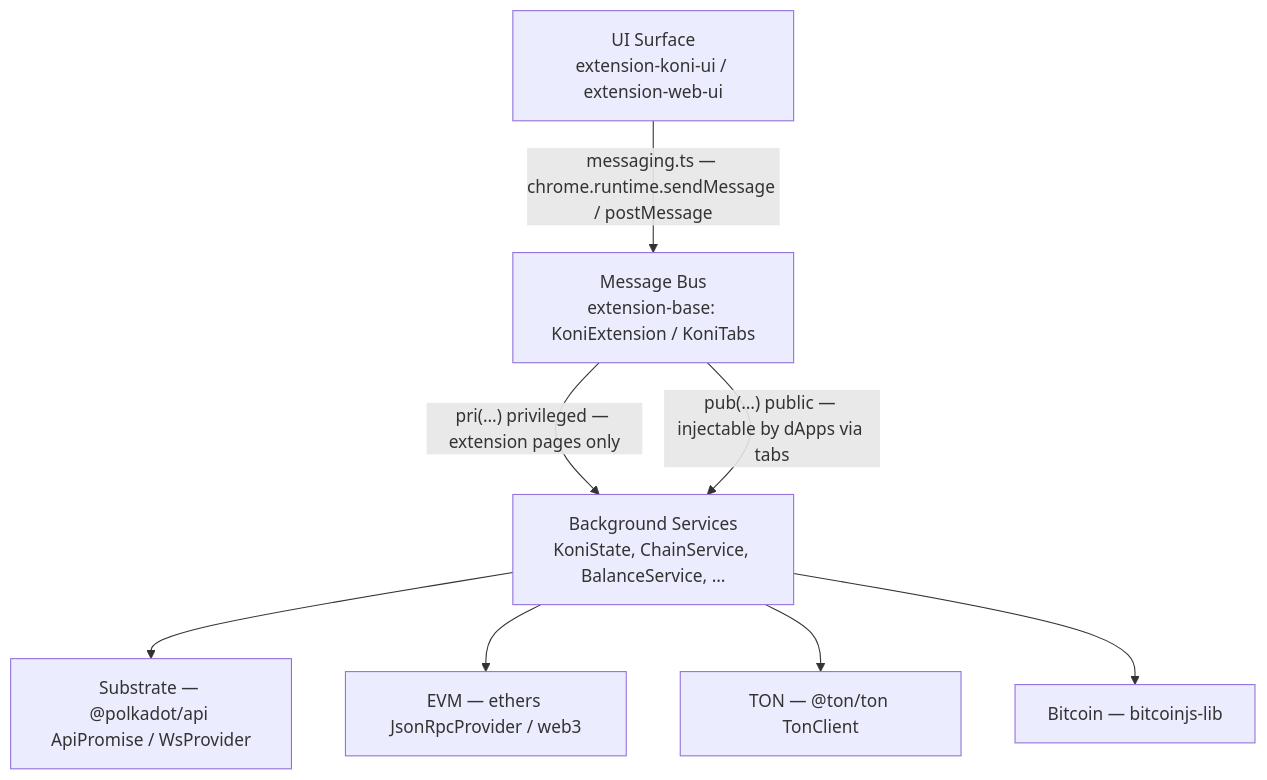
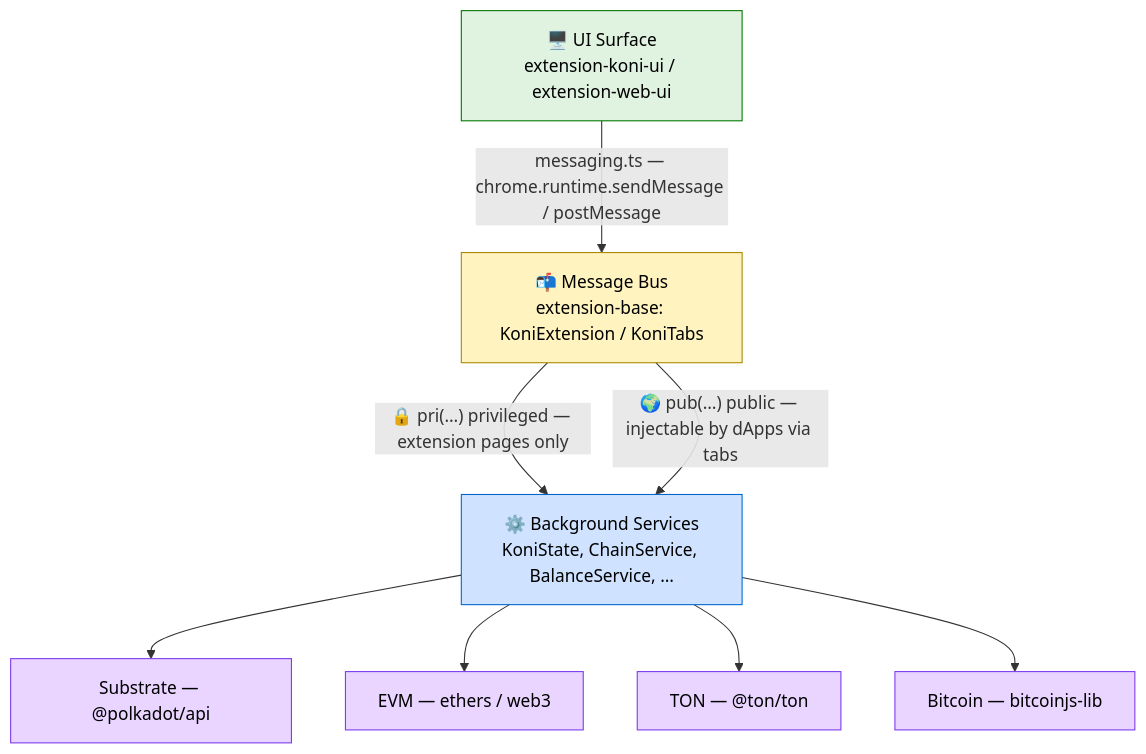
Before and after one commit to Koniverse/SubWallet-Extension: the second of 3 diagrams in docs/ARCHITECTURE.md, drawn with Mermaid. The commit also changed other lines of this file and 1 other file, not shown here.

First line of the commit message:
docs: a3-arch + a2-prd — color Mermaid diagrams; fold FRs into epic tables

````diff
--- a/docs/ARCHITECTURE.md
+++ b/docs/ARCHITECTURE.md
@@ -109,13 +119,21 @@
 ```mermaid
 flowchart TB
-    UI["UI Surface<br/>extension-koni-ui / extension-web-ui"]
-    BUS["Message Bus<br/>extension-base: KoniExtension / KoniTabs"]
-    SVC["Background Services<br/>KoniState, ChainService, BalanceService, …"]
+    UI["🖥️ UI Surface<br/>extension-koni-ui / extension-web-ui"]
+    BUS["📬 Message Bus<br/>extension-base: KoniExtension / KoniTabs"]
+    SVC["⚙️ Background Services<br/>KoniState, ChainService, BalanceService, …"]
     UI -- "messaging.ts — chrome.runtime.sendMessage / postMessage" --> BUS
-    BUS -- "pri(…) privileged — extension pages only" --> SVC
-    BUS -- "pub(…) public — injectable by dApps via tabs" --> SVC
-    SVC --> SUB["Substrate — @polkadot/api ApiPromise / WsProvider"]
-    SVC --> EVM["EVM — ethers JsonRpcProvider / web3"]
-    SVC --> TON["TON — @ton/ton TonClient"]
+    BUS -- "🔒 pri(…) privileged — extension pages only" --> SVC
+    BUS -- "🌍 pub(…) public — injectable by dApps via tabs" --> SVC
+    SVC --> SUB["Substrate — @polkadot/api"]
+    SVC --> EVM["EVM — ethers / web3"]
+    SVC --> TON["TON — @ton/ton"]
     SVC --> BTC["Bitcoin — bitcoinjs-lib"]
+    classDef ui fill:#e0f2e0,stroke:#070,color:#000
+    classDef bus fill:#fff3bf,stroke:#a80,color:#000
+    classDef svc fill:#cfe2ff,stroke:#06c,color:#000
+    classDef chain fill:#e9d5ff,stroke:#7c3aed,color:#000
+    class UI ui
+    class BUS bus
+    class SVC svc
+    class SUB,EVM,TON,BTC chain
 ```
````
